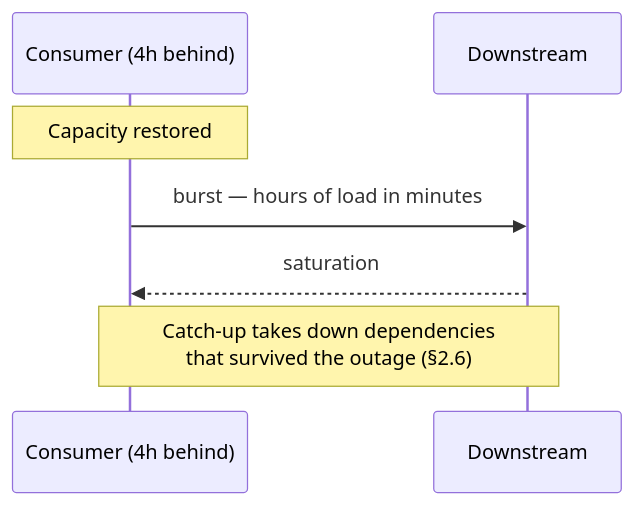
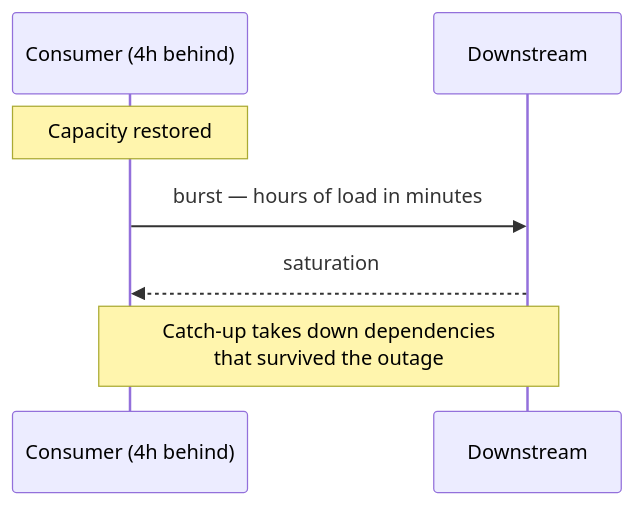
Before and after one commit to umashankarp/InterviewQuestions: the third of 4 diagrams in 18-Event-Driven-Architecture/04-Backpressure-Flow-Control-Consumer-Lag.md, drawn with Mermaid. The commit also changed other lines of this file and 173 other files, not shown here.

````diff
--- a/18-Event-Driven-Architecture/04-Backpressure-Flow-Control-Consumer-Lag.md
+++ b/18-Event-Driven-Architecture/04-Backpressure-Flow-Control-Consumer-Lag.md
@@ -92,10 +92,10 @@
 ```mermaid
 sequenceDiagram
-    participant C as Consumer (4h behind)
-    participant D as Downstream
+ participant C as Consumer (4h behind)
+ participant D as Downstream
 
-    Note over C: Capacity restored
-    C->>D: burst — hours of load in minutes
-    D-->>C: saturation
-    Note over C,D: Catch-up takes down dependencies<br/>that survived the outage (§2.6)
+ Note over C: Capacity restored
+ C->>D: burst — hours of load in minutes
+ D-->>C: saturation
+ Note over C,D: Catch-up takes down dependencies<br/>that survived the outage
 ```
````
